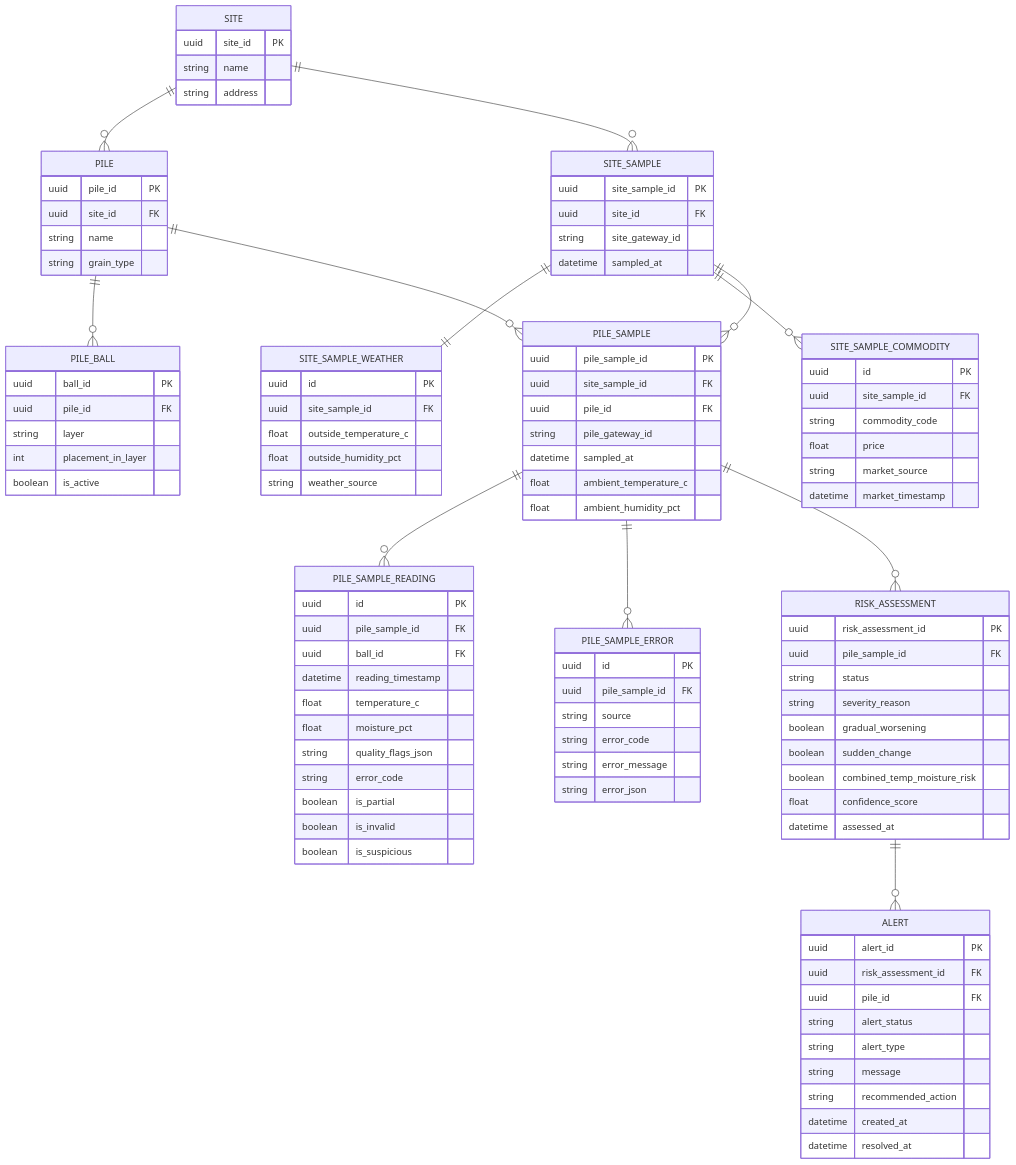
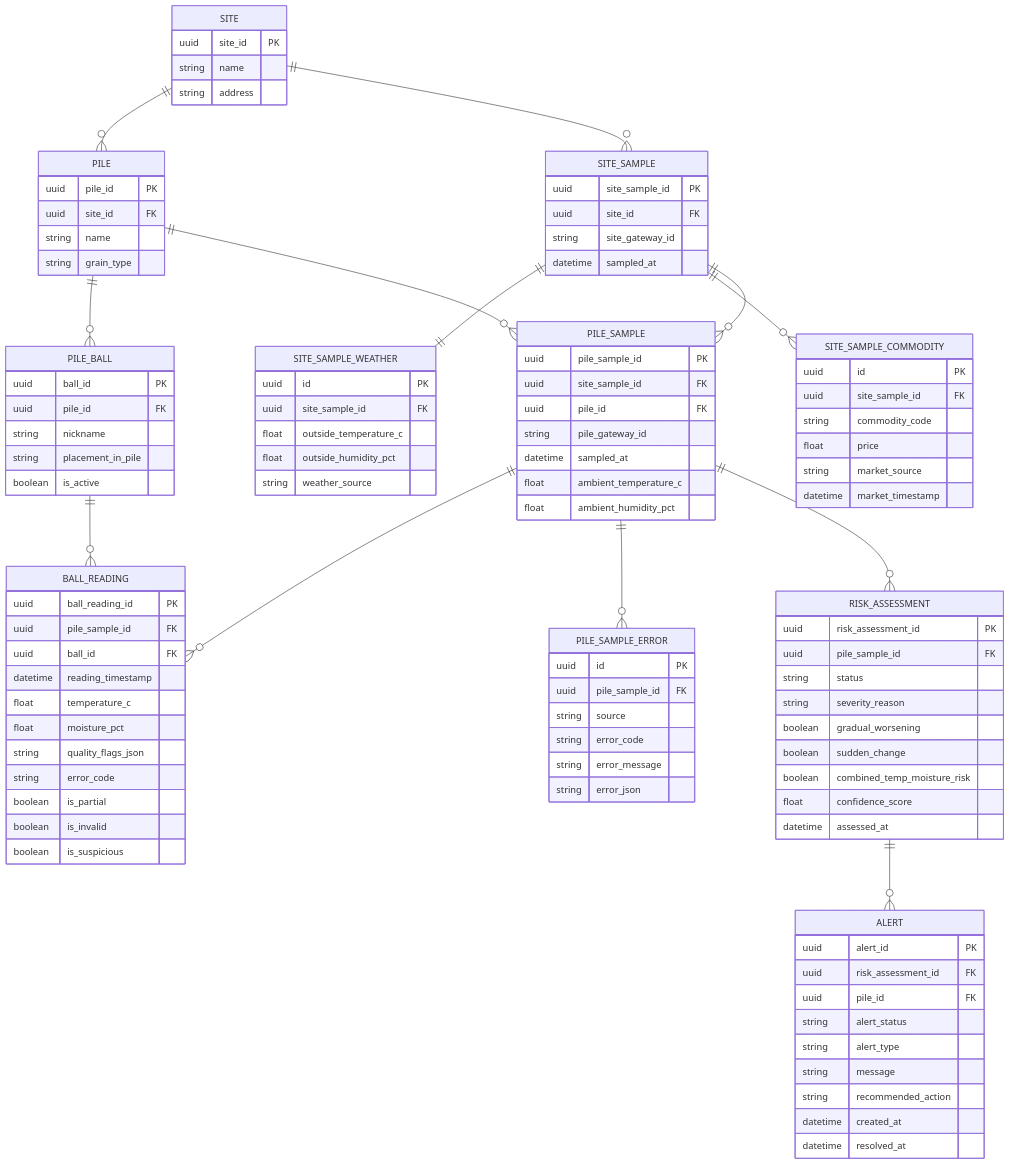
The second of 2 diagrams in Task1.md (AviadKorakin/Take-Home-Assignment-AgriQ), drawn with Mermaid before and after one commit. The commit also changed 4 other files, not shown here.

```diff
--- a/Task1.md
+++ b/Task1.md
@@ -208,9 +208,11 @@
     SITE_SAMPLE ||--o{ PILE_SAMPLE : ""
 
     PILE ||--o{ PILE_SAMPLE : ""
-    PILE_SAMPLE ||--o{ PILE_SAMPLE_READING : ""
+    PILE_SAMPLE ||--o{ BALL_READING : ""
     PILE_SAMPLE ||--o{ PILE_SAMPLE_ERROR : ""
     PILE_SAMPLE ||--o{ RISK_ASSESSMENT : ""
+
+    PILE_BALL ||--o{ BALL_READING : ""
     RISK_ASSESSMENT ||--o{ ALERT : ""
 
     SITE {
@@ -229,8 +231,8 @@
     PILE_BALL {
         uuid ball_id PK
         uuid pile_id FK
-        string layer
-        int placement_in_layer
+        string nickname
+        string placement_in_pile
         boolean is_active
     }
 
@@ -268,8 +270,8 @@
         float ambient_humidity_pct
     }
 
-    PILE_SAMPLE_READING {
-        uuid id PK
+    BALL_READING {
+        uuid ball_reading_id PK
         uuid pile_sample_id FK
         uuid ball_id FK
         datetime reading_timestamp
```
